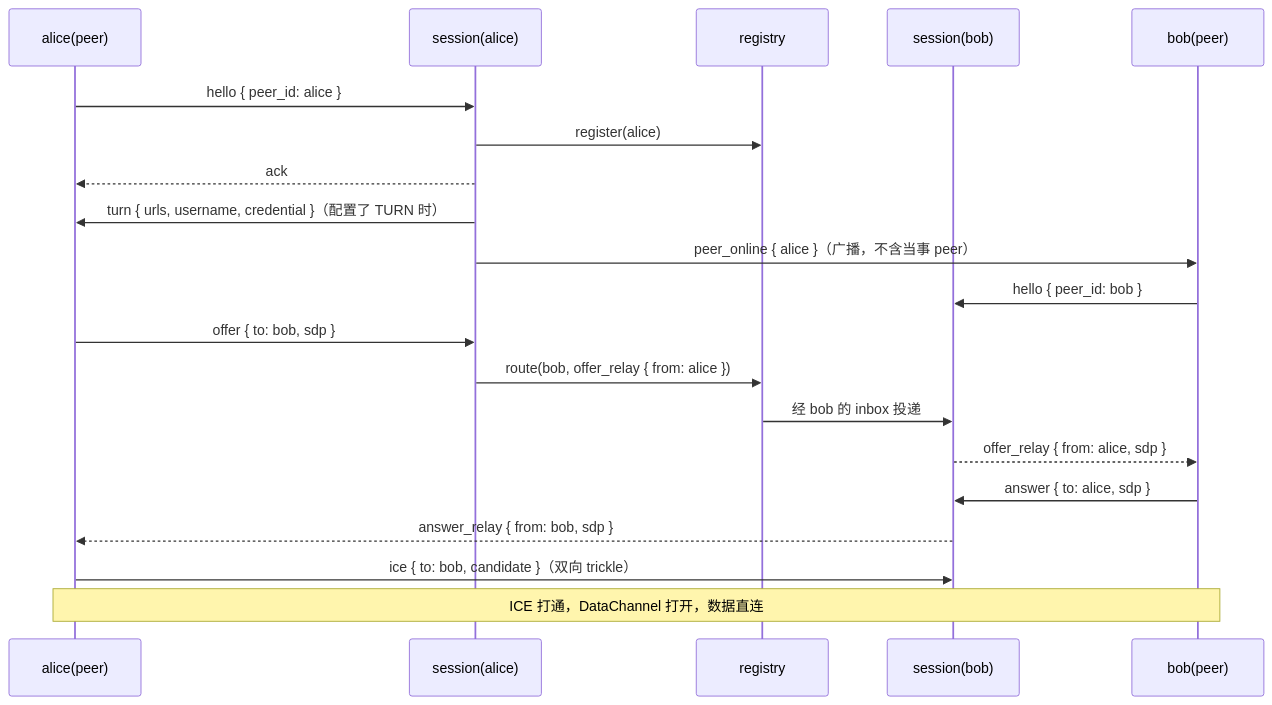
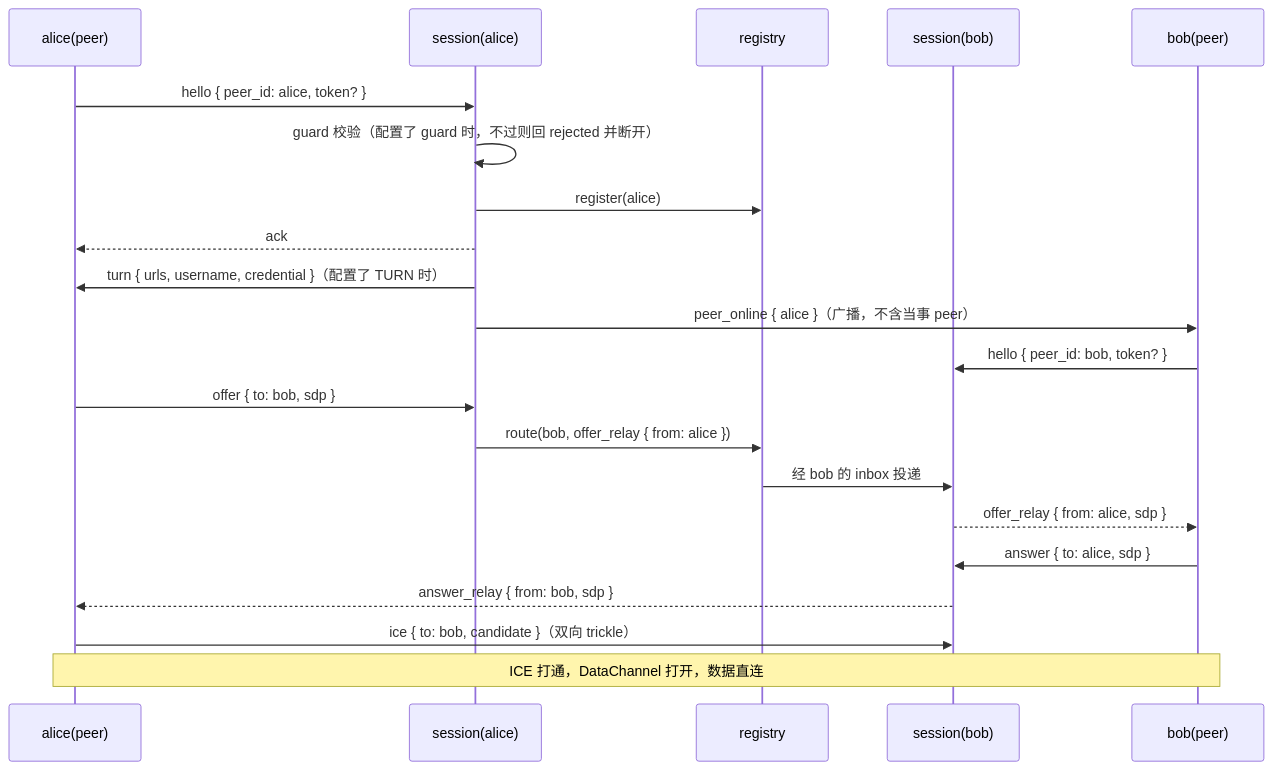
The second of 3 diagrams in crates/relay/README.md (escharm/syncjoy), drawn with Mermaid before and after one commit. The commit also changed other lines of this file and 37 other files, not shown here.

````diff
--- a/crates/relay/README.md
+++ b/crates/relay/README.md
@@ -39,22 +41,23 @@
 ```mermaid
 sequenceDiagram
     participant A as alice(peer)
     participant SA as session(alice)
     participant R as registry
     participant SB as session(bob)
     participant B as bob(peer)
-    A->>SA: hello { peer_id: alice }
+    A->>SA: hello { peer_id: alice, token? }
+    SA->>SA: guard 校验（配置了 guard 时，不过则回 rejected 并断开）
     SA->>R: register(alice)
     SA-->>A: ack
     SA->>A: turn { urls, username, credential }（配置了 TURN 时）
     SA->>B: peer_online { alice }（广播，不含当事 peer）
-    B->>SB: hello { peer_id: bob }
+    B->>SB: hello { peer_id: bob, token? }
     A->>SA: offer { to: bob, sdp }
     SA->>R: route(bob, offer_relay { from: alice })
     R->>SB: 经 bob 的 inbox 投递
     SB-->>B: offer_relay { from: alice, sdp }
     B->>SB: answer { to: alice, sdp }
     SB-->>A: answer_relay { from: bob, sdp }
     A->>SB: ice { to: bob, candidate }（双向 trickle）
     Note over A,B: ICE 打通，DataChannel 打开，数据直连
 ```
````
